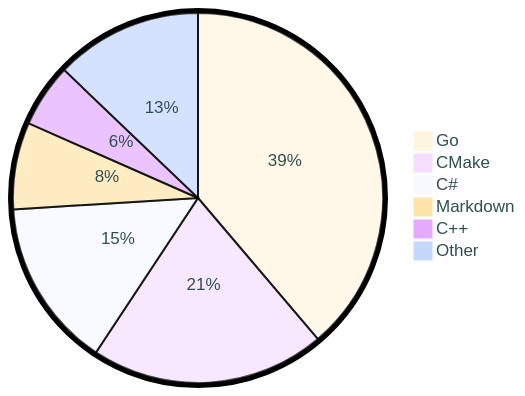
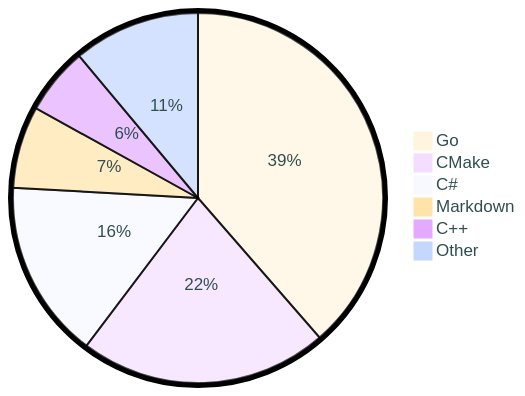
Before and after one commit to tot0p/tot0p: the diagram in README.md, drawn with Mermaid. The commit also changed other lines of this file, not shown here.

````diff
--- a/README.md
+++ b/README.md
@@ -85,10 +85,10 @@
 ```mermaid
 %%{init: {"pie": {"textPosition": 0.5}, "themeVariables": {"pieOuterStrokeWidth": "5px","primaryTextColor" : "#2F4F4F"},"theme":"base"} }%%
 pie
-	"Go": 38.79
-	"CMake": 20.5
-	"C#": 14.73
-	"Markdown": 7.59
-	"C++": 5.54
-	"Other": 12.850000000000001
+	"Go": 38.6
+	"CMake": 21.7
+	"C#": 15.59
+	"Markdown": 7.17
+	"C++": 5.86
+	"Other": 11.09
 ```
````
